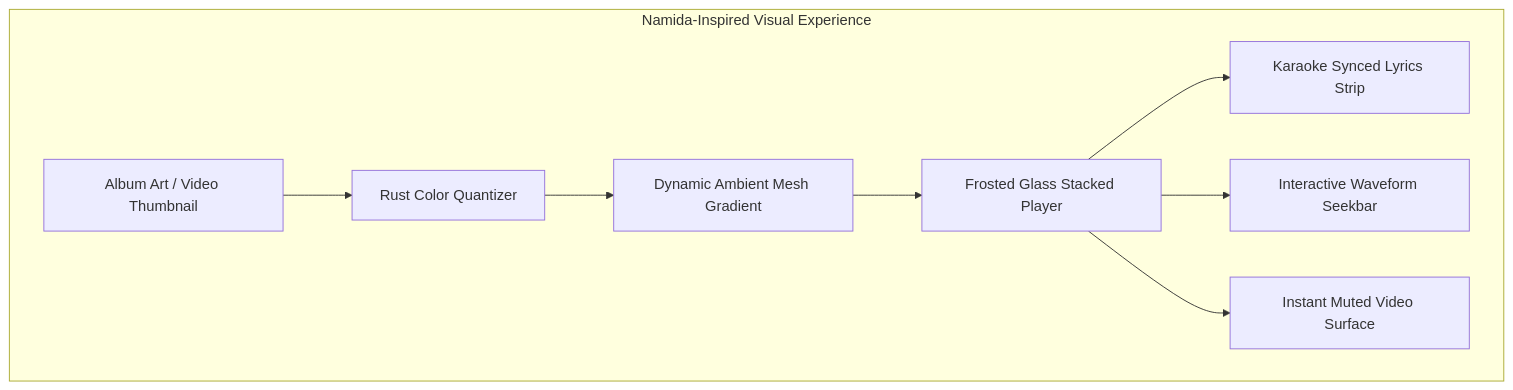
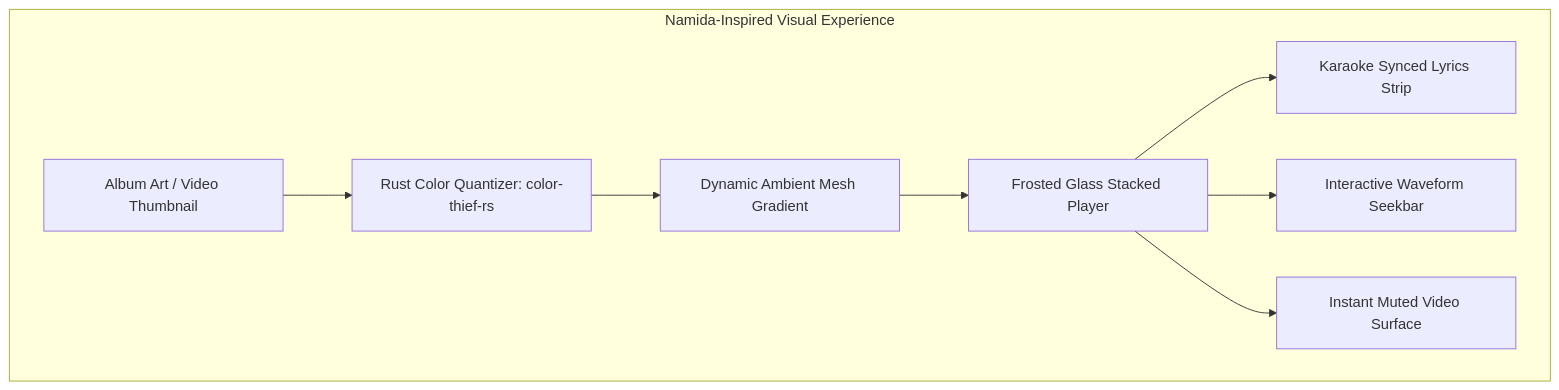
The first of 3 diagrams in RUST_PORT_ANALYSIS.md (Mostakim2005/music-manager-rust-port), drawn with Mermaid before and after one commit. The commit also changed other lines of this file, not shown here.

Commit message:
docs: enrich Rust port analysis with current Electron audit and Tauri v2 plugin catalog

````diff
--- a/RUST_PORT_ANALYSIS.md
+++ b/RUST_PORT_ANALYSIS.md
@@ -49,11 +49,11 @@
 ```mermaid
 flowchart TD
     subgraph NamidaVisuals["Namida-Inspired Visual Experience"]
-        A[Album Art / Video Thumbnail] --> B[Rust Color Quantizer]
+        A[Album Art / Video Thumbnail] --> B[Rust Color Quantizer: color-thief-rs]
         B --> C[Dynamic Ambient Mesh Gradient]
         C --> D[Frosted Glass Stacked Player]
         D --> E[Karaoke Synced Lyrics Strip]
         D --> F[Interactive Waveform Seekbar]
         D --> G[Instant Muted Video Surface]
     end
 ```
````
